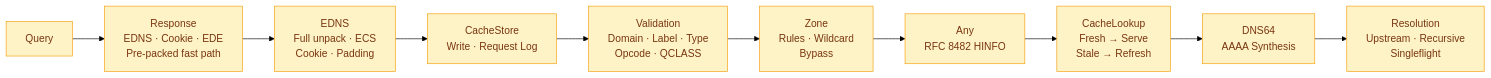
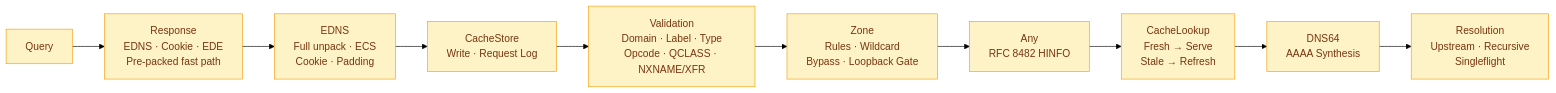
One commit to hezhijie0327/ZJDNS changed the fourth of 30 diagrams in docs/FLOWCHARTS.md. Above: the diagram before and after it, drawn with Mermaid (forest theme). The commit also changed other lines of this file and 8 other files, not shown here.

````diff
--- a/docs/FLOWCHARTS.md
+++ b/docs/FLOWCHARTS.md
@@ -51,15 +105,15 @@
 ```mermaid
 graph LR
     Q[Query] --> R[Response<br/>EDNS · Cookie · EDE<br/>Pre-packed fast path]
     R --> E[EDNS<br/>Full unpack · ECS<br/>Cookie · Padding]
     E --> CS[CacheStore<br/>Write · Request Log]
-    CS --> V[Validation<br/>Domain · Label · Type<br/>Opcode · QCLASS]
-    V --> Z[Zone<br/>Rules · Wildcard<br/>Bypass]
+    CS --> V[Validation<br/>Domain · Label · Type<br/>Opcode · QCLASS · NXNAME/XFR]
+    V --> Z[Zone<br/>Rules · Wildcard<br/>Bypass · Loopback Gate]
     Z --> A[Any<br/>RFC 8482 HINFO]
     A --> CL[CacheLookup<br/>Fresh → Serve<br/>Stale → Refresh]
     CL --> D64[DNS64<br/>AAAA Synthesis]
     D64 --> RE[Resolution<br/>Upstream · Recursive<br/>Singleflight]
     classDef mw fill:#fef3c7,stroke:#f59e0b,color:#78350f
     class Q mw
     class R,E,CS,V,Z,A,CL,D64,RE mw
 ```
````
